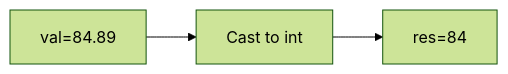
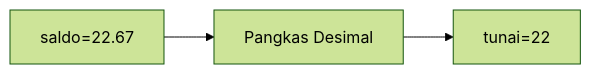
One commit to amnahwaida/OSNK_INF_PREP changed the sixth of 25 diagrams in part-c-pemahaman-cpp/01-tipe-data/latihan/set-11.md. Above: the diagram before and after it, drawn with Mermaid (forest theme). The commit also changed other lines of this file and 71 other files, not shown here.

````diff
--- a/part-c-pemahaman-cpp/01-tipe-data/latihan/set-11.md
+++ b/part-c-pemahaman-cpp/01-tipe-data/latihan/set-11.md
@@ -131,5 +164,5 @@
 ```mermaid
 graph LR
-A["val=84.89"] --> B["Cast to int"]
-B --> C["res=84"]
+A["saldo=22.67"] --> B["Pangkas Desimal"]
+B --> C["tunai=22"]
 ```
````
